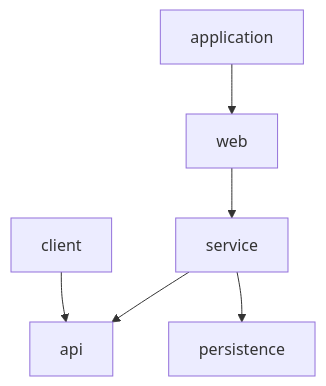
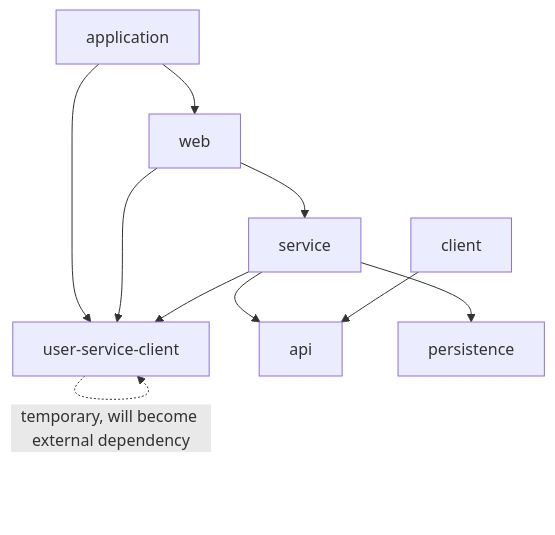
The first of 2 diagrams in .cursor/plans/simple_auth_service_4a9242f3.plan.md (Yg0R2/cursor-example-projects), drawn with Mermaid before and after one commit. The commit also changed other lines of this file, not shown here.

Commit message:
ai(plan): basic Spring authentication - user-service-client submodule

````diff
--- a/.cursor/plans/simple_auth_service_4a9242f3.plan.md
+++ b/.cursor/plans/simple_auth_service_4a9242f3.plan.md
@@ -38,8 +41,12 @@
 ```mermaid
 graph TD
     App[application] --> Web[web]
+    App --> UserClient[user-service-client]
     Web --> Svc[service]
+    Web --> UserClient
     Svc --> Api[api]
     Svc --> Persistence[persistence]
+    Svc --> UserClient
     Client[client] --> Api
+    UserClient -.->|"temporary, will become external dependency"| UserClient
 ```
````
